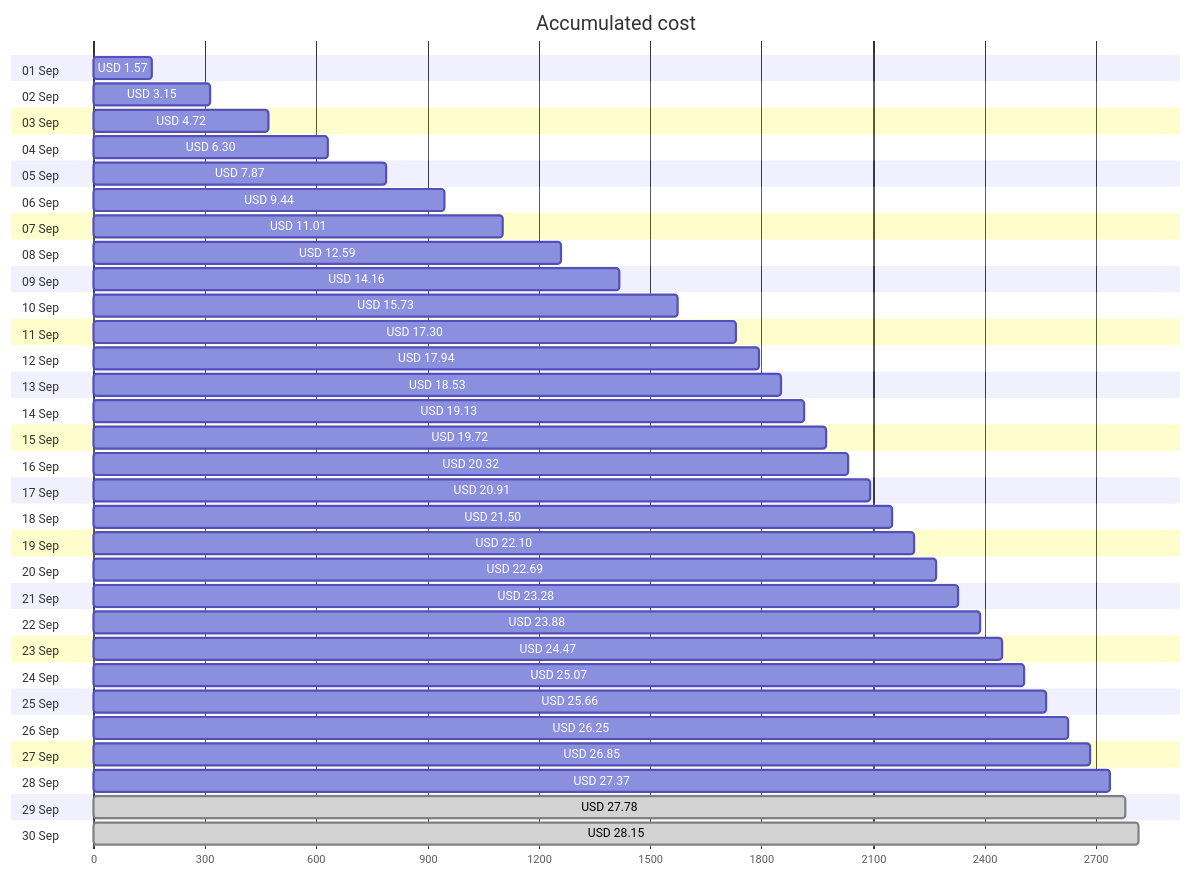
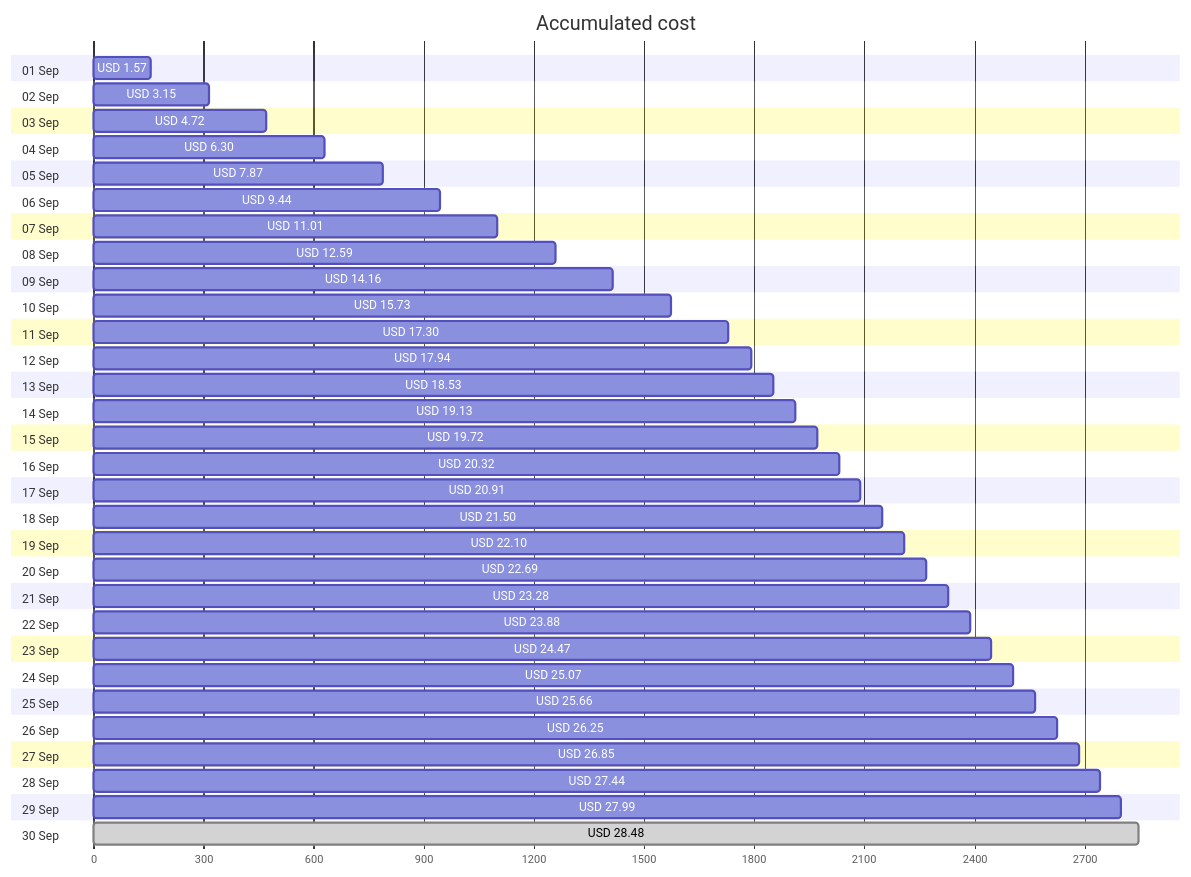
Before and after one commit to jpfulton/azure-personal-reports: the first of 4 diagrams in cost-reports/personal-site/README.md, drawn with Mermaid. The commit also changed other lines of this file and 7 other files, not shown here.

````diff
--- a/cost-reports/personal-site/README.md
+++ b/cost-reports/personal-site/README.md
@@ -20,66 +20,66 @@
 ```mermaid
 gantt
    title Accumulated cost
    dateFormat  X
    axisFormat %s
    section 01 Sep
    USD 1.57 :0, 157
    section 02 Sep
    USD 3.15 :0, 315
    section 03 Sep
    USD 4.72 :0, 472
    section 04 Sep
    USD 6.30 :0, 630
    section 05 Sep
    USD 7.87 :0, 787
    section 06 Sep
    USD 9.44 :0, 944
    section 07 Sep
    USD 11.01 :0, 1101
    section 08 Sep
    USD 12.59 :0, 1259
    section 09 Sep
    USD 14.16 :0, 1416
    section 10 Sep
    USD 15.73 :0, 1573
    section 11 Sep
    USD 17.30 :0, 1730
    section 12 Sep
    USD 17.94 :0, 1794
    section 13 Sep
    USD 18.53 :0, 1853
    section 14 Sep
    USD 19.13 :0, 1913
    section 15 Sep
    USD 19.72 :0, 1972
    section 16 Sep
    USD 20.32 :0, 2032
    section 17 Sep
    USD 20.91 :0, 2091
    section 18 Sep
    USD 21.50 :0, 2150
    section 19 Sep
    USD 22.10 :0, 2210
    section 20 Sep
    USD 22.69 :0, 2269
    section 21 Sep
    USD 23.28 :0, 2328
    section 22 Sep
    USD 23.88 :0, 2388
    section 23 Sep
    USD 24.47 :0, 2447
    section 24 Sep
    USD 25.07 :0, 2507
    section 25 Sep
    USD 25.66 :0, 2566
    section 26 Sep
    USD 26.25 :0, 2625
    section 27 Sep
    USD 26.85 :0, 2685
    section 28 Sep
-   USD 27.37 :0, 2737
+   USD 27.44 :0, 2744
    section 29 Sep
-   USD 27.78 : done, 0, 2778
+   USD 27.99 :0, 2799
    section 30 Sep
-   USD 28.15 : done, 0, 2815
+   USD 28.48 : done, 0, 2848
 ```
````
